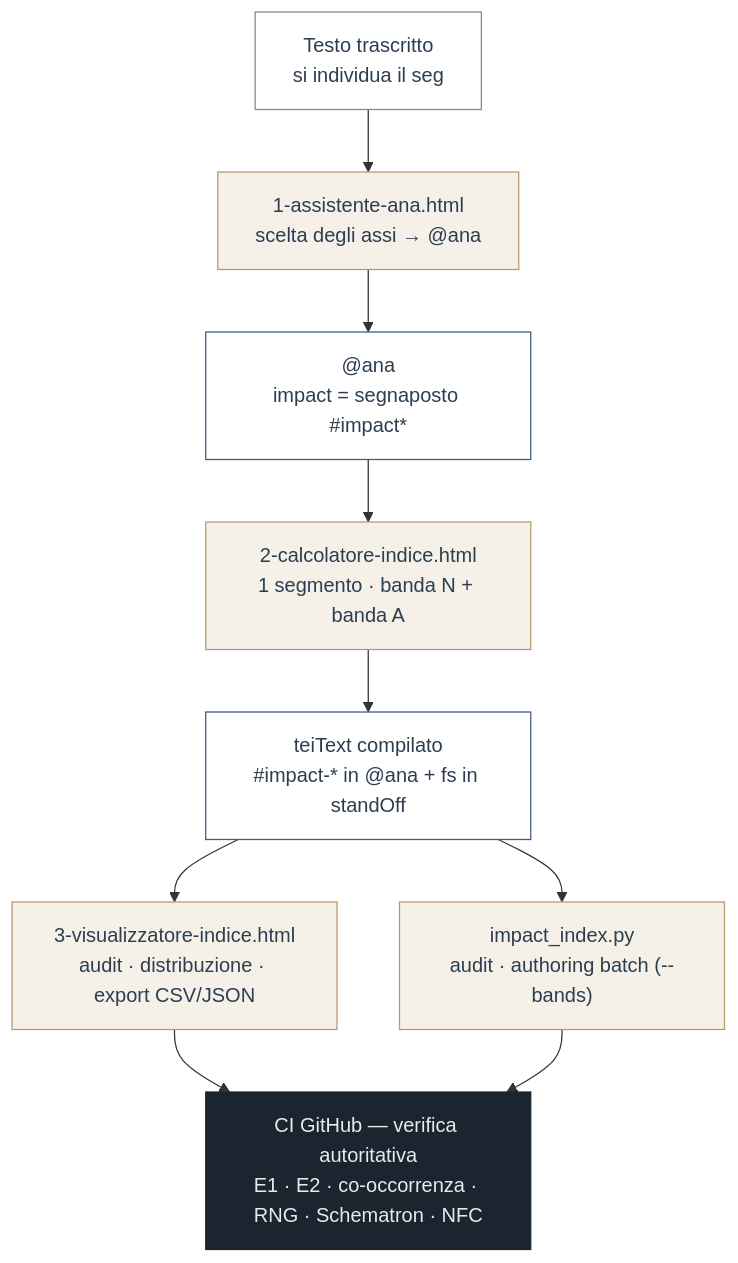
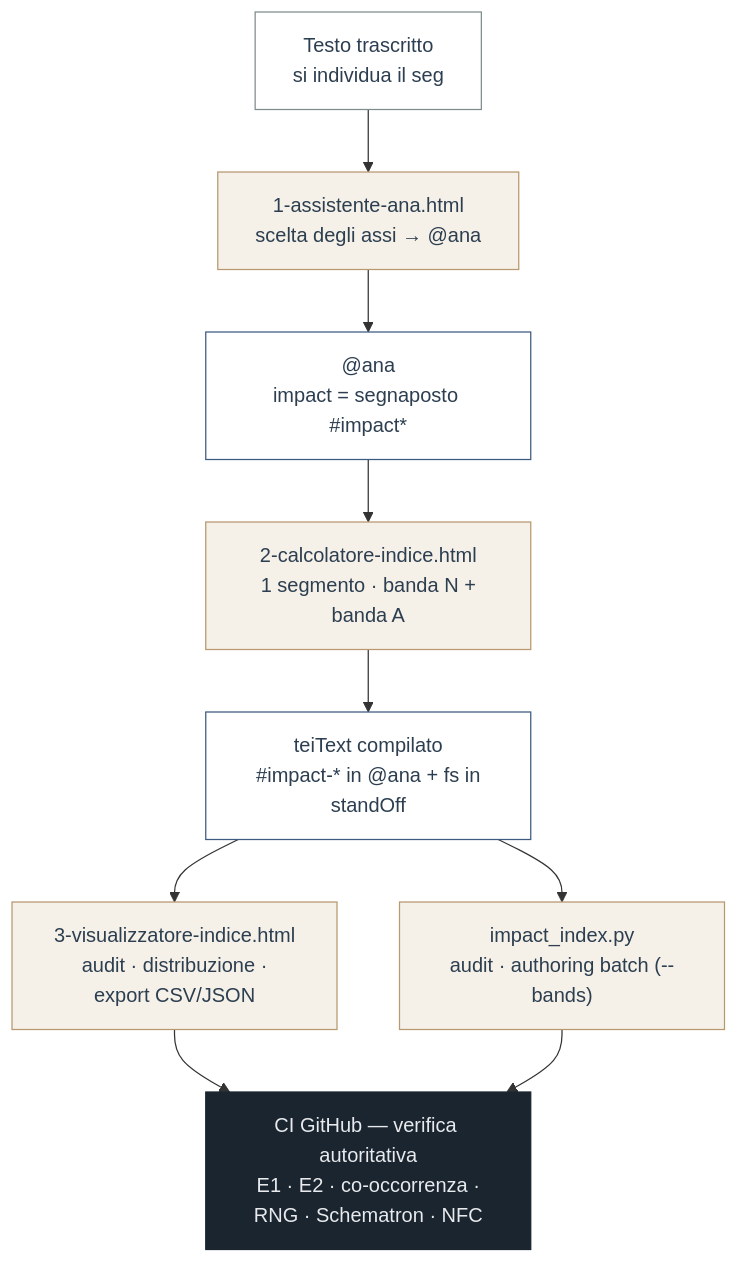
The diagram in tools/README.md (luciano-longo77/castello-anima-TEI-IA), drawn with Mermaid before and after one commit. The commit also changed other lines of this file, not shown here.

````diff
--- a/tools/README.md
+++ b/tools/README.md
@@ -18,16 +18,16 @@
 ```mermaid
 flowchart TD
-    A["Testo trascritto<br/>si individua il seg"]:::step --> B["1-assistente-ana.html<br/>scelta degli assi → @ana"]:::tool
+    A["Testo trascritto<br/> si individua il seg"]:::step --> B["1-assistente-ana.html<br/>scelta degli assi → @ana"]:::tool
     B --> C["@ana<br/>impact = segnaposto #impact*"]:::data
-    C --> D["2-calcolatore-indice.html<br/>1 segmento · banda N + banda A"]:::tool
-    D --> F["teiText compilato<br/>#impact-* in @ana + fs in standOff"]:::data
-    F --> G["3-visualizzatore-indice.html<br/>audit · distribuzione · export CSV/JSON"]:::tool
+    C --> D["2-calcolatore-indice.html<br/> 1 segmento · banda N + banda A"]:::tool
+    D --> F["teiText compilato<br/> #impact-* in @ana + fs in standOff"]:::data
+    F --> G["3-visualizzatore-indice.html<br/> audit · distribuzione · export CSV/JSON"]:::tool
     F --> H["impact_index.py<br/>audit · authoring batch (--bands)"]:::tool
-    G --> I["CI GitHub — verifica autoritativa<br/>E1 · E2 · co-occorrenza · RNG · Schematron · NFC"]:::ci
+    G --> I["CI GitHub — verifica autoritativa<br/> E1 · E2 · co-occorrenza · RNG · Schematron · NFC"]:::ci
     H --> I
 
     classDef step fill:#ffffff,stroke:#7f8c8d,color:#2c3e50;
     classDef tool fill:#f5f1e8,stroke:#b8986e,color:#2c3e50;
     classDef data fill:#ffffff,stroke:#3d5a80,color:#2c3e50;
     classDef ci fill:#1a252f,stroke:#1a252f,color:#e8eaed;
 ```
````
